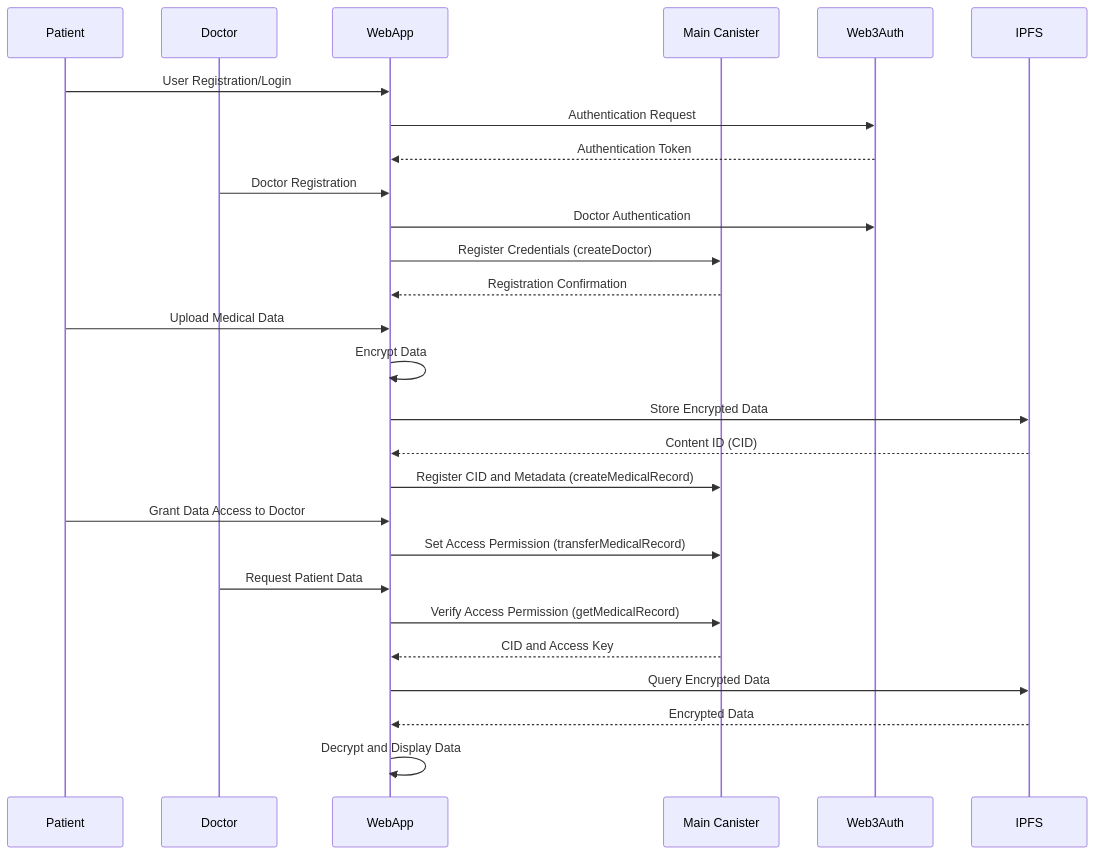
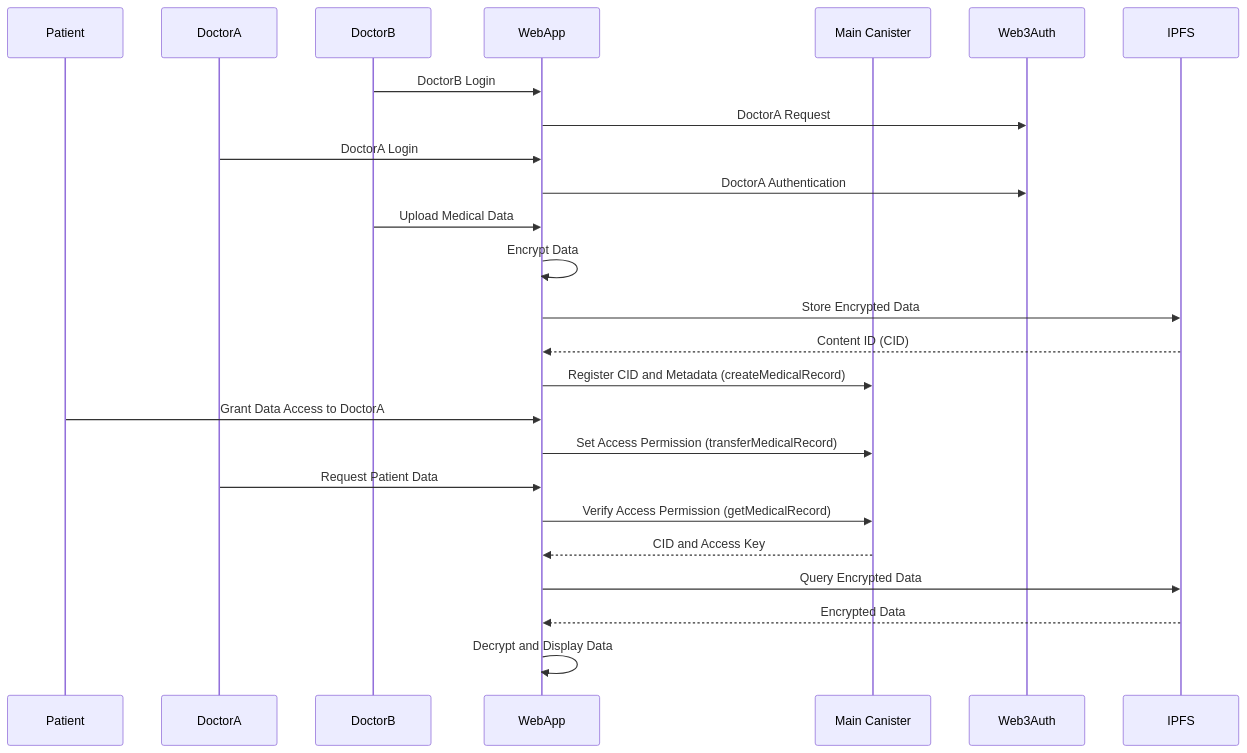
The diagram in README.md (daeu81404/mutual-link), drawn with Mermaid before and after one commit.

````diff
--- a/README.md
+++ b/README.md
@@ -31,34 +31,32 @@
 ```mermaid
 sequenceDiagram
     participant Patient
-    participant Doctor
+    participant DoctorA
+    participant DoctorB
     participant WebApp
     participant MainCan as Main Canister
     participant Web3Auth
     participant IPFS
 
-    Patient->>WebApp: User Registration/Login
-    WebApp->>Web3Auth: Authentication Request
-    Web3Auth-->>WebApp: Authentication Token
+    DoctorB->>WebApp: DoctorB Login
+    WebApp->>Web3Auth: DoctorA Request
 
-    Doctor->>WebApp: Doctor Registration
-    WebApp->>Web3Auth: Doctor Authentication
-    WebApp->>MainCan: Register Credentials (createDoctor)
-    MainCan-->>WebApp: Registration Confirmation
+    DoctorA->>WebApp: DoctorA Login
+    WebApp->>Web3Auth: DoctorA Authentication
 
-    Patient->>WebApp: Upload Medical Data
+    DoctorB->>WebApp: Upload Medical Data
     WebApp->>WebApp: Encrypt Data
     WebApp->>IPFS: Store Encrypted Data
     IPFS-->>WebApp: Content ID (CID)
     WebApp->>MainCan: Register CID and Metadata (createMedicalRecord)
 
-    Patient->>WebApp: Grant Data Access to Doctor
+    Patient->>WebApp: Grant Data Access to DoctorA
     WebApp->>MainCan: Set Access Permission (transferMedicalRecord)
 
-    Doctor->>WebApp: Request Patient Data
+    DoctorA->>WebApp: Request Patient Data
     WebApp->>MainCan: Verify Access Permission (getMedicalRecord)
     MainCan-->>WebApp: CID and Access Key
     WebApp->>IPFS: Query Encrypted Data
     IPFS-->>WebApp: Encrypted Data
     WebApp->>WebApp: Decrypt and Display Data
 ```
````
